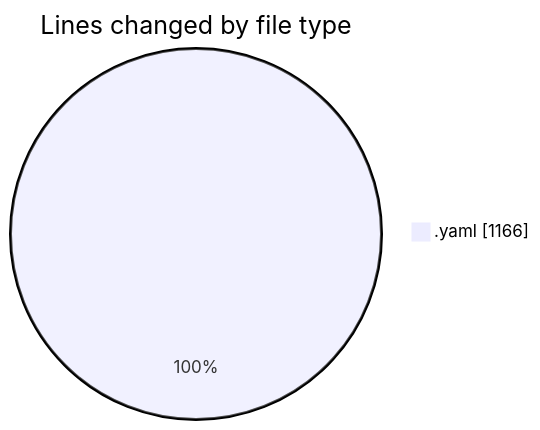
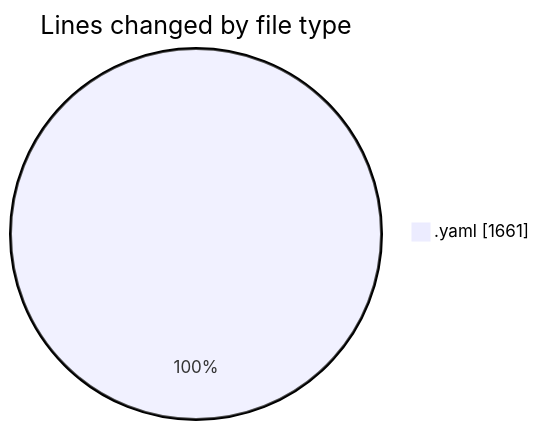
One commit to mevix1/code-tracking changed the first of 2 diagrams in 2025-10-09/api-hub/README.md. Above: the diagram before and after it, drawn with Mermaid. The commit also changed other lines of this file and 1 other file, not shown here.

````diff
--- a/2025-10-09/api-hub/README.md
+++ b/2025-10-09/api-hub/README.md
@@ -27,5 +30,5 @@
 ```mermaid
 pie showData
 title Lines changed by file type
-".yaml" : 1166
+".yaml" : 1661
 ```
````
